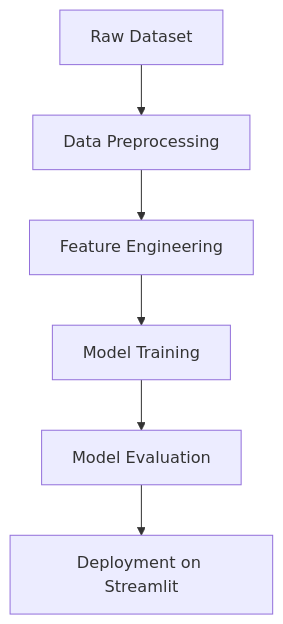
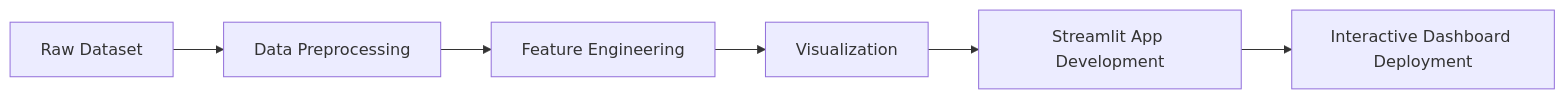
The diagram in Shopping_Trend/Readme.md (salim23-png/Streamlit-Dashboard), drawn with Mermaid before and after one commit.

Commit message:
Revise project workflow and update README
Updated project workflow to include visualization and Streamlit app development.

````diff
--- a/Shopping_Trend/Readme.md
+++ b/Shopping_Trend/Readme.md
@@ -5,9 +6,8 @@
 ```mermaid
-flowchart TD
+flowchart LR
     A[Raw Dataset] --> B[Data Preprocessing]
     B --> C[Feature Engineering]
-    C --> D[Model Training]
-    D --> E[Model Evaluation]
-    E --> F[Deployment on Streamlit]
-
+    C --> D[Visualization]
+    D --> E[Streamlit App Development]
+    E --> F[Interactive Dashboard Deployment]
 ```
````
